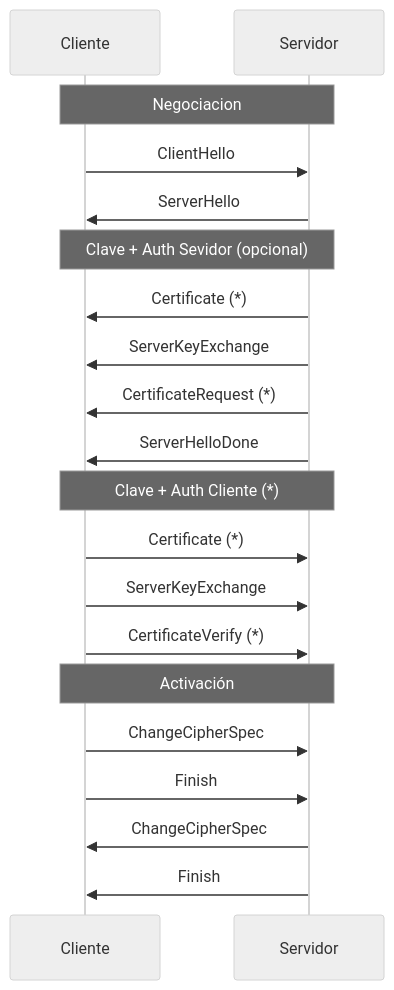
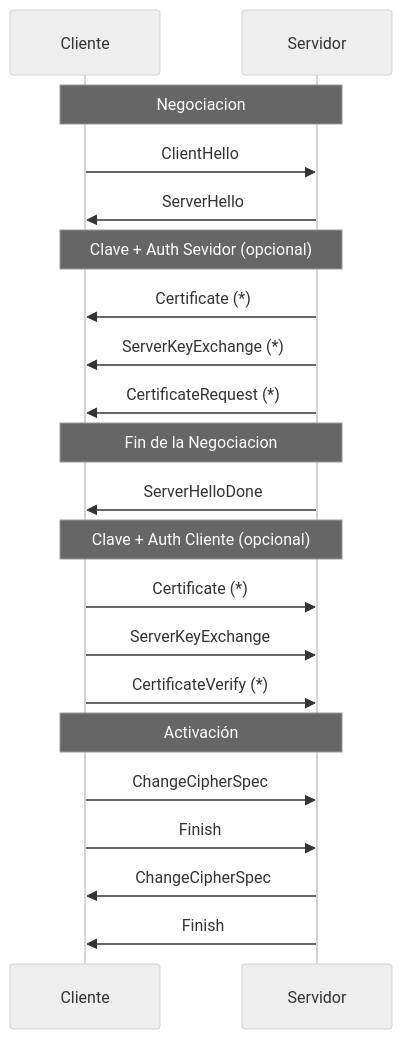
Before and after one commit to uo294319/Notes: the diagram in 4S1/4S1_Sec/data/T4-4.md, drawn with Mermaid (neutral theme). The commit also changed other lines of this file, not shown here.

````diff
--- a/4S1/4S1_Sec/data/T4-4.md
+++ b/4S1/4S1_Sec/data/T4-4.md
@@ -50,25 +50,26 @@
 ```mermaid
 sequenceDiagram
 	Note over Cliente,Servidor: Negociacion
 	Cliente->>Servidor: ClientHello
 	Servidor->>Cliente: ServerHello
 	
 	Note over Cliente,Servidor: Clave + Auth Sevidor (opcional)
 	Servidor->>Cliente: Certificate (*)
-	Servidor->>Cliente: ServerKeyExchange
+	Servidor->>Cliente: ServerKeyExchange (*)
 	Servidor->>Cliente: CertificateRequest (*)
 	
+	Note over Cliente,Servidor: Fin de la Negociacion
 	Servidor->>Cliente: ServerHelloDone
 	
-	Note over Cliente,Servidor: Clave + Auth Cliente (*)
+	Note over Cliente,Servidor: Clave + Auth Cliente (opcional)
 	Cliente->>Servidor: Certificate (*)
 	Cliente->>Servidor: ServerKeyExchange
 	Cliente->>Servidor: CertificateVerify (*)
 	
 	Note over Cliente,Servidor: Activación
 	Cliente->>Servidor: ChangeCipherSpec
 	Cliente->>Servidor: Finish
 	
 	Servidor->>Cliente: ChangeCipherSpec
 	Servidor->>Cliente: Finish
 ```
````
